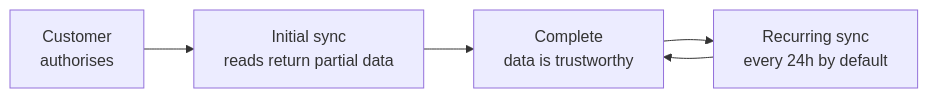
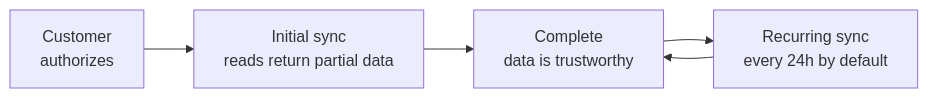
Before and after one commit to kaval1810/bindbee-docs-test: the diagram in guides/reading-writing/syncing.mdx, drawn with Mermaid. The commit also changed other lines of this file and 61 other files, not shown here.

````diff
--- a/guides/reading-writing/syncing.mdx
+++ b/guides/reading-writing/syncing.mdx
@@ -11,7 +11,7 @@
 ```mermaid
 flowchart LR
-    A["Customer<br/>authorises"] --> B["Initial sync<br/>reads return partial data"]
+    A["Customer<br/>authorizes"] --> B["Initial sync<br/>reads return partial data"]
     B --> C["Complete<br/>data is trustworthy"]
     C --> D["Recurring sync<br/>every 24h by default"]
     D --> C
 ```
````
